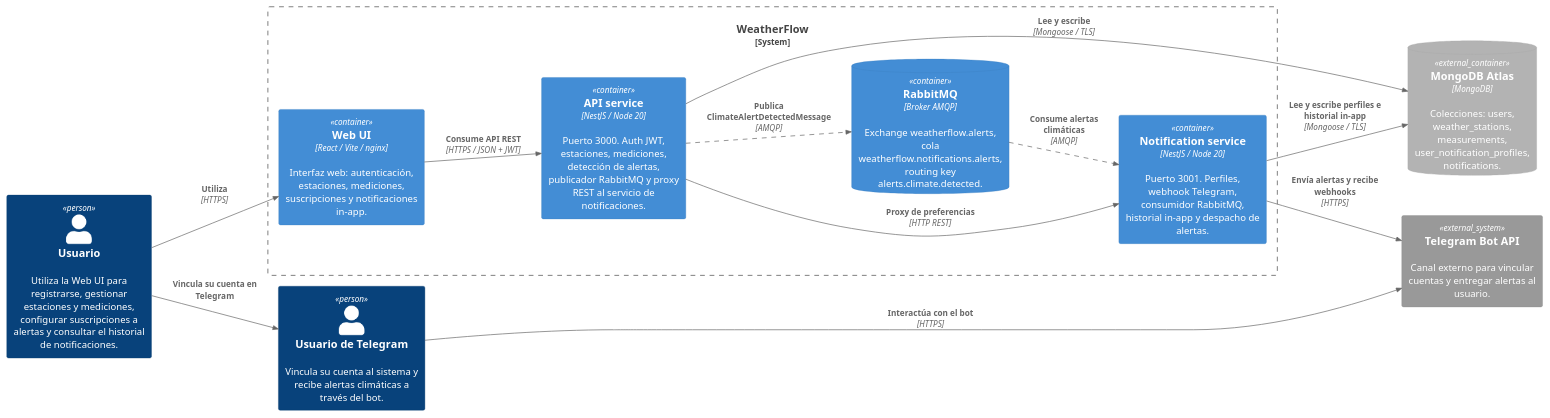
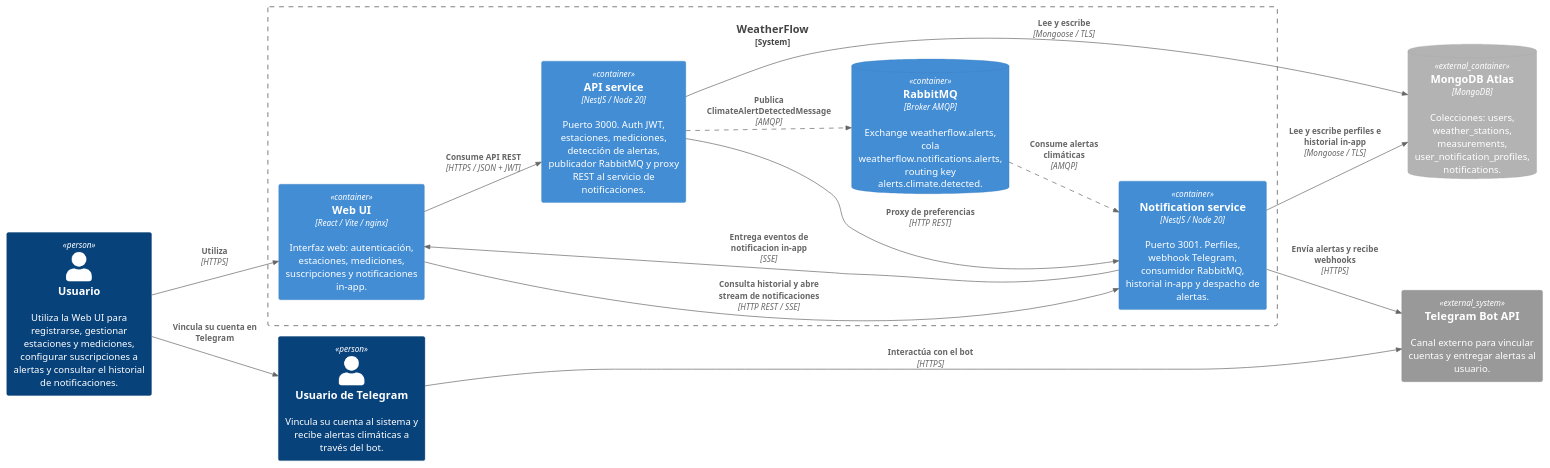
One commit to LattanzioB/WheaterFlow changed the diagram in docs/architecture/c4/c4_level_2_container.plantuml. Above: the diagram before and after it, drawn with PlantUML. The commit also changed 3 other files, not shown here.

Commit message:
docs: show web in-app notification delivery

```diff
--- a/docs/architecture/c4/c4_level_2_container.plantuml
+++ b/docs/architecture/c4/c4_level_2_container.plantuml
@@ -1,33 +1,35 @@
 @startuml c4_level_2_container
 !include https://raw.githubusercontent.com/plantuml-stdlib/C4-PlantUML/master/C4_Container.puml
 
 AddRelTag("async", $lineStyle=DashedLine())
 
 LAYOUT_LEFT_RIGHT()
 
 Person(usuario, "Usuario", "Utiliza la Web UI para registrarse, gestionar estaciones y mediciones, configurar suscripciones a alertas y consultar el historial de notificaciones.")
 Person(usuarioTelegram, "Usuario de Telegram", "Vincula su cuenta al sistema y recibe alertas climáticas a través del bot.")
 
 System_Ext(telegram, "Telegram Bot API", "Canal externo para vincular cuentas y entregar alertas al usuario.")
 ContainerDb_Ext(mongoAtlas, "MongoDB Atlas", "MongoDB", "Colecciones: users, weather_stations, measurements, user_notification_profiles, notifications.")
 
 System_Boundary(weatherflow, "WeatherFlow") {
   Container(web, "Web UI", "React / Vite / nginx", "Interfaz web: autenticación, estaciones, mediciones, suscripciones y notificaciones in-app.")
   Container(api, "API service", "NestJS / Node 20", "Puerto 3000. Auth JWT, estaciones, mediciones, detección de alertas, publicador RabbitMQ y proxy REST al servicio de notificaciones.")
   Container(notifications, "Notification service", "NestJS / Node 20", "Puerto 3001. Perfiles, webhook Telegram, consumidor RabbitMQ, historial in-app y despacho de alertas.")
   ContainerDb(rabbit, "RabbitMQ", "Broker AMQP", "Exchange weatherflow.alerts, cola weatherflow.notifications.alerts, routing key alerts.climate.detected.")
 }
 
 Rel(api, mongoAtlas, "Lee y escribe", "Mongoose / TLS")
 Rel(notifications, mongoAtlas, "Lee y escribe perfiles e historial in-app", "Mongoose / TLS")
 
 Rel(usuario, usuarioTelegram, "Vincula su cuenta en Telegram", "")
 Rel(usuario, web, "Utiliza", "HTTPS")
 Rel(web, api, "Consume API REST", "HTTPS / JSON + JWT")
+Rel(web, notifications, "Consulta historial y abre stream de notificaciones", "HTTP REST / SSE")
 Rel(api, notifications, "Proxy de preferencias", "HTTP REST")
 Rel(api, rabbit, "Publica ClimateAlertDetectedMessage", "AMQP", $tags="async")
 Rel(rabbit, notifications, "Consume alertas climáticas", "AMQP", $tags="async")
+Rel(notifications, web, "Entrega eventos de notificacion in-app", "SSE")
 Rel(notifications, telegram, "Envía alertas y recibe webhooks", "HTTPS")
 Rel(usuarioTelegram, telegram, "Interactúa con el bot", "HTTPS")
 
 @enduml
```
